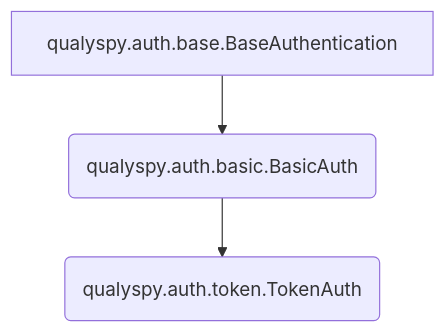
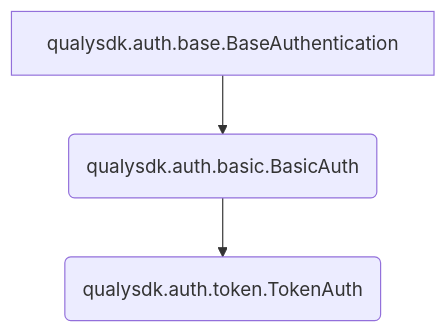
One commit to 0x41424142/qualysdk changed the diagram in docs/authentication.md. Above: the diagram before and after it, drawn with Mermaid. The commit also changed other lines of this file, not shown here.

````diff
--- a/docs/authentication.md
+++ b/docs/authentication.md
@@ -61,5 +61,5 @@
 ```mermaid
 graph
-A[qualyspy.auth.base.BaseAuthentication]-->B(qualyspy.auth.basic.BasicAuth)
-B --> C(qualyspy.auth.token.TokenAuth)
+A[qualysdk.auth.base.BaseAuthentication]-->B(qualysdk.auth.basic.BasicAuth)
+B --> C(qualysdk.auth.token.TokenAuth)
 ```
````
